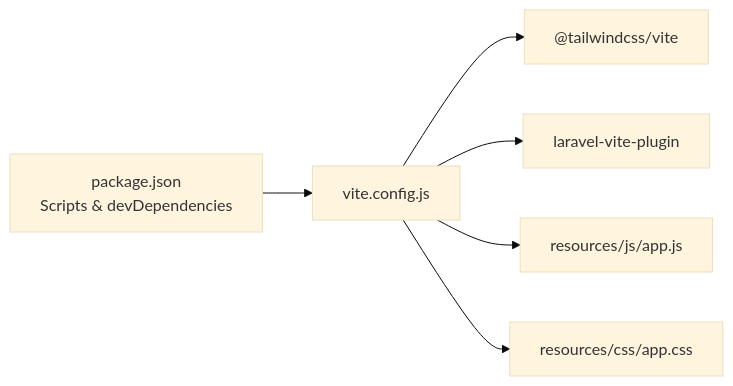
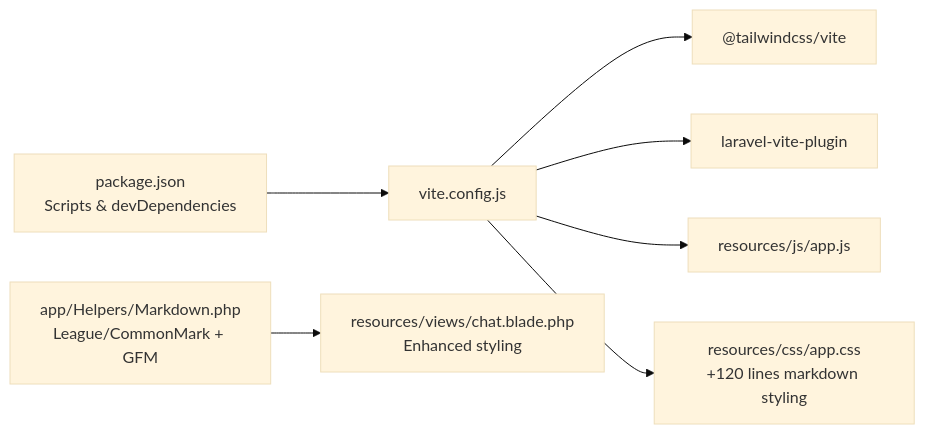
One commit to siimliimand/laravel-assistant changed the third of 3 diagrams in .qoder/repowiki/en/content/Frontend Development/Frontend Development.md. Above: the diagram before and after it, drawn with Mermaid (base theme). The commit also changed other lines of this file and 4 other files, not shown here.

First line of the commit message:
docs(frontend): add markdown styling and enhanced chat interface layout

````diff
--- a/.qoder/repowiki/en/content/Frontend Development/Frontend Development.md
+++ b/.qoder/repowiki/en/content/Frontend Development/Frontend Development.md
@@ -203,14 +282,17 @@
 ```mermaid
 graph LR
 Pkg["package.json<br/>Scripts & devDependencies"]
 ViteCfg["vite.config.js"]
 Tailwind["@tailwindcss/vite"]
 LVP["laravel-vite-plugin"]
 JSApp["resources/js/app.js"]
-CSSApp["resources/css/app.css"]
+CSSApp["resources/css/app.css<br/>+120 lines markdown styling"]
 Pkg --> ViteCfg
 ViteCfg --> Tailwind
 ViteCfg --> LVP
 ViteCfg --> JSApp
 ViteCfg --> CSSApp
+MarkdownHelper["app/Helpers/Markdown.php<br/>League/CommonMark + GFM"]
+ChatView["resources/views/chat.blade.php<br/>Enhanced styling"]
+MarkdownHelper --> ChatView
 ```
````
